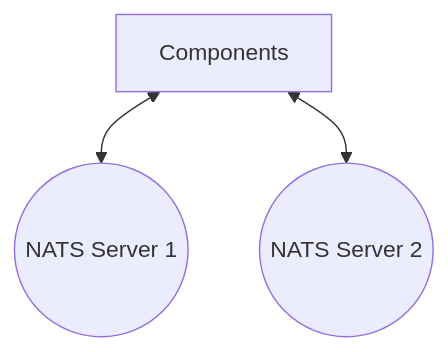
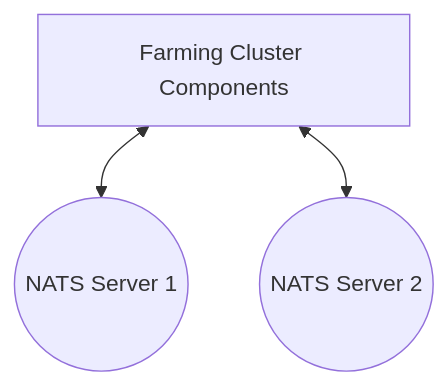
The second of 3 diagrams in docs/farming-&-staking/farming/advanced-cli/cli-farming-cluster.mdx (autonomys/subspace-docs), drawn with Mermaid before and after one commit.

Commit message:
Update diagram label

````diff
--- a/docs/farming-&-staking/farming/advanced-cli/cli-farming-cluster.mdx
+++ b/docs/farming-&-staking/farming/advanced-cli/cli-farming-cluster.mdx
@@ -261,5 +261,5 @@
 ```mermaid
 flowchart
-    A[Components] <--> B((NATS Server 1))
-    A[Components] <--> C((NATS Server 2))
+    A[Farming Cluster Components] <--> B((NATS Server 1))
+    A[Farming Cluster Components] <--> C((NATS Server 2))
 ```
````
